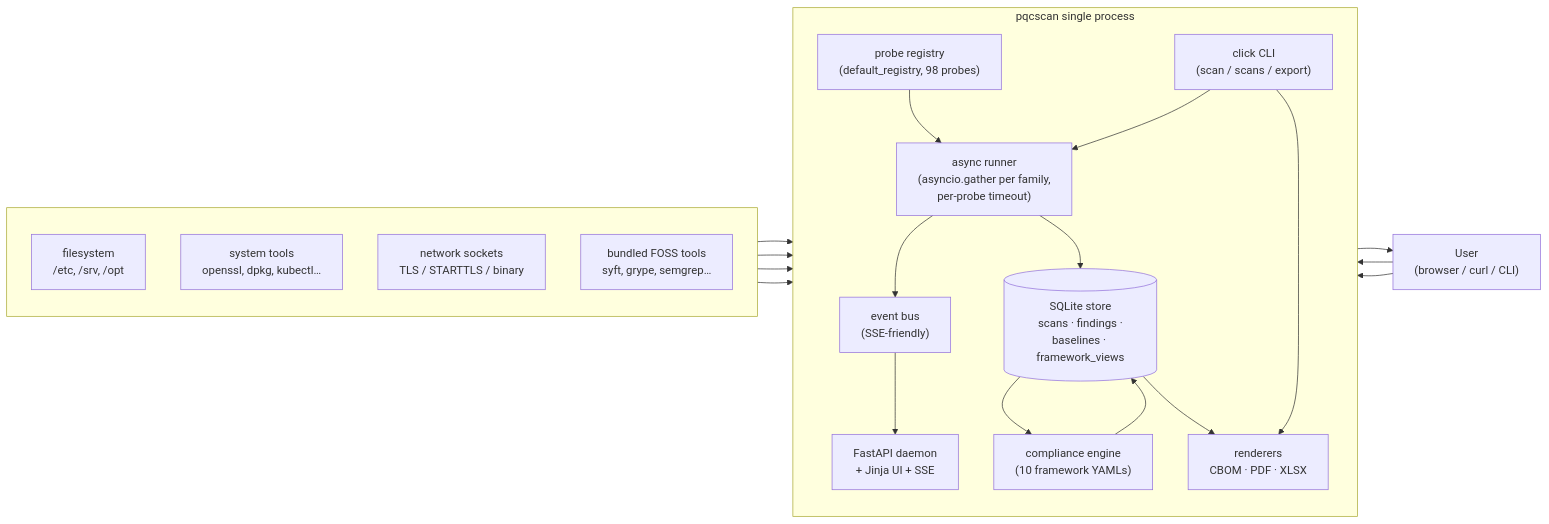
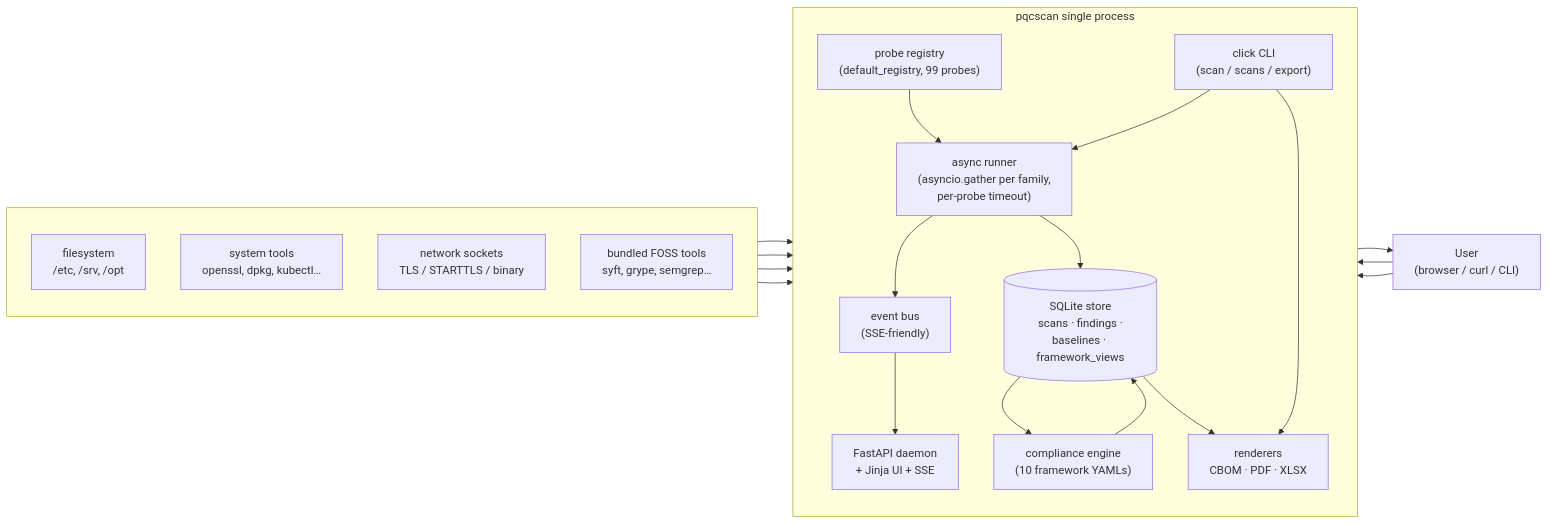
One commit to orengacademy/pqc-scanner2 changed the first of 8 diagrams in README.md. Above: the diagram before and after it, drawn with Mermaid. The commit also changed other lines of this file and 7 other files, not shown here.

````diff
--- a/README.md
+++ b/README.md
@@ -33,39 +33,39 @@
 ```mermaid
 flowchart LR
     subgraph host[" "]
         direction TB
         FS["filesystem<br/>/etc, /srv, /opt"]
         SYS["system tools<br/>openssl, dpkg, kubectl…"]
         NET["network sockets<br/>TLS / STARTTLS / binary"]
         FOSS["bundled FOSS tools<br/>syft, grype, semgrep…"]
     end
 
     subgraph proc["pqcscan single process"]
         direction TB
-        REG["probe registry<br/>(default_registry, 98 probes)"]
+        REG["probe registry<br/>(default_registry, 99 probes)"]
         RUN["async runner<br/>(asyncio.gather per family,<br/>per-probe timeout)"]
         BUS["event bus<br/>(SSE-friendly)"]
         REPO[("SQLite store<br/>scans · findings ·<br/>baselines · framework_views")]
         COMP["compliance engine<br/>(10 framework YAMLs)"]
         DAEMON["FastAPI daemon<br/>+ Jinja UI + SSE"]
         CLI["click CLI<br/>(scan / scans / export)"]
         REND["renderers<br/>CBOM · PDF · XLSX"]
     end
 
     USER["User<br/>(browser / curl / CLI)"]
 
     FS  --> RUN
     SYS --> RUN
     NET --> RUN
     FOSS --> RUN
     REG --> RUN
     RUN --> BUS --> DAEMON
     RUN --> REPO
     REPO --> COMP --> REPO
     REPO --> REND
     DAEMON --> USER
     CLI   --> RUN
     CLI   --> REND
     USER  --> DAEMON
     USER  --> CLI
 ```
````
